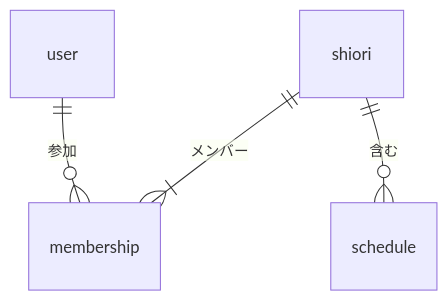
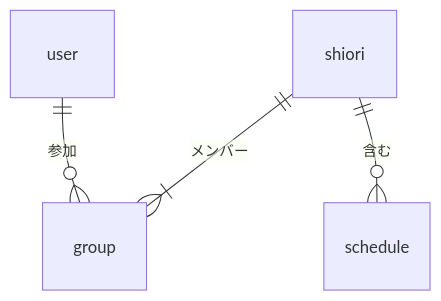
Before and after one commit to yjn279/shiori: the diagram in docs/data-requirements.md, drawn with Mermaid. The commit also changed other lines of this file and 3 other files, not shown here.

````diff
--- a/docs/data-requirements.md
+++ b/docs/data-requirements.md
@@ -15,6 +13,6 @@
 ```mermaid
 erDiagram
-  user ||--o{ membership : "参加"
-  shiori ||--|{ membership : "メンバー"
+  user ||--o{ group : "参加"
+  shiori ||--|{ group : "メンバー"
   shiori ||--o{ schedule : "含む"
 ```
````
